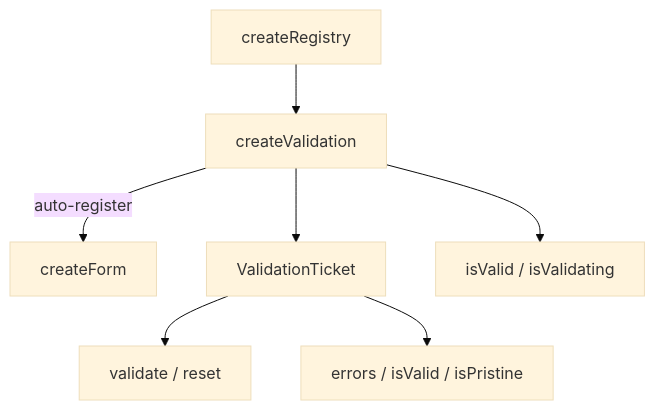
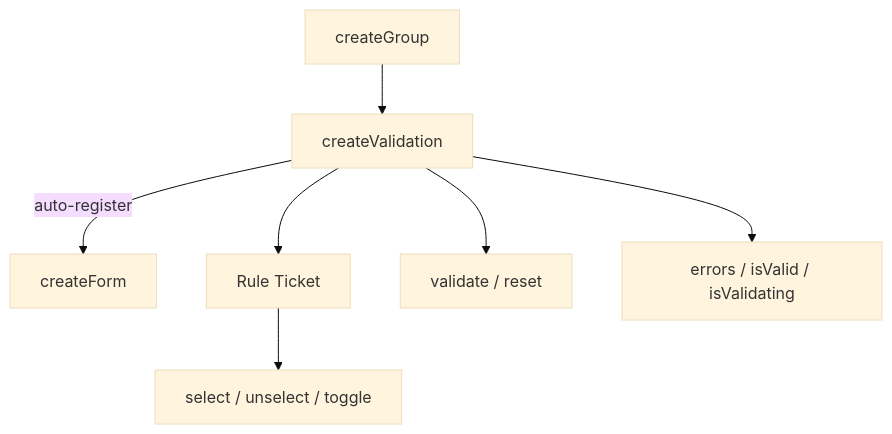
One commit to vuetifyjs/0 changed the diagram in apps/docs/src/pages/composables/forms/create-validation.md. Above: the diagram before and after it, drawn with Mermaid (base theme). The commit also changed other lines of this file and 9 other files, not shown here.

First line of the commit message:
feat(createValidation): redesign as per-input rule registry on createGroup

````diff
--- a/apps/docs/src/pages/composables/forms/create-validation.md
+++ b/apps/docs/src/pages/composables/forms/create-validation.md
@@ -135,9 +154,9 @@
 ```mermaid "Validation Architecture"
 flowchart TD
-  createRegistry --> createValidation
+  createGroup --> createValidation
   createValidation -->|auto-register| createForm
-  createValidation --> ticket[ValidationTicket]
-  ticket --> validate[validate / reset]
-  ticket --> state[errors / isValid / isPristine]
-  createValidation --> aggregate[isValid / isValidating]
+  createValidation --> ticket[Rule Ticket]
+  ticket --> selection[select / unselect / toggle]
+  createValidation --> validate[validate / reset]
+  createValidation --> state[errors / isValid / isValidating]
 ```
````
